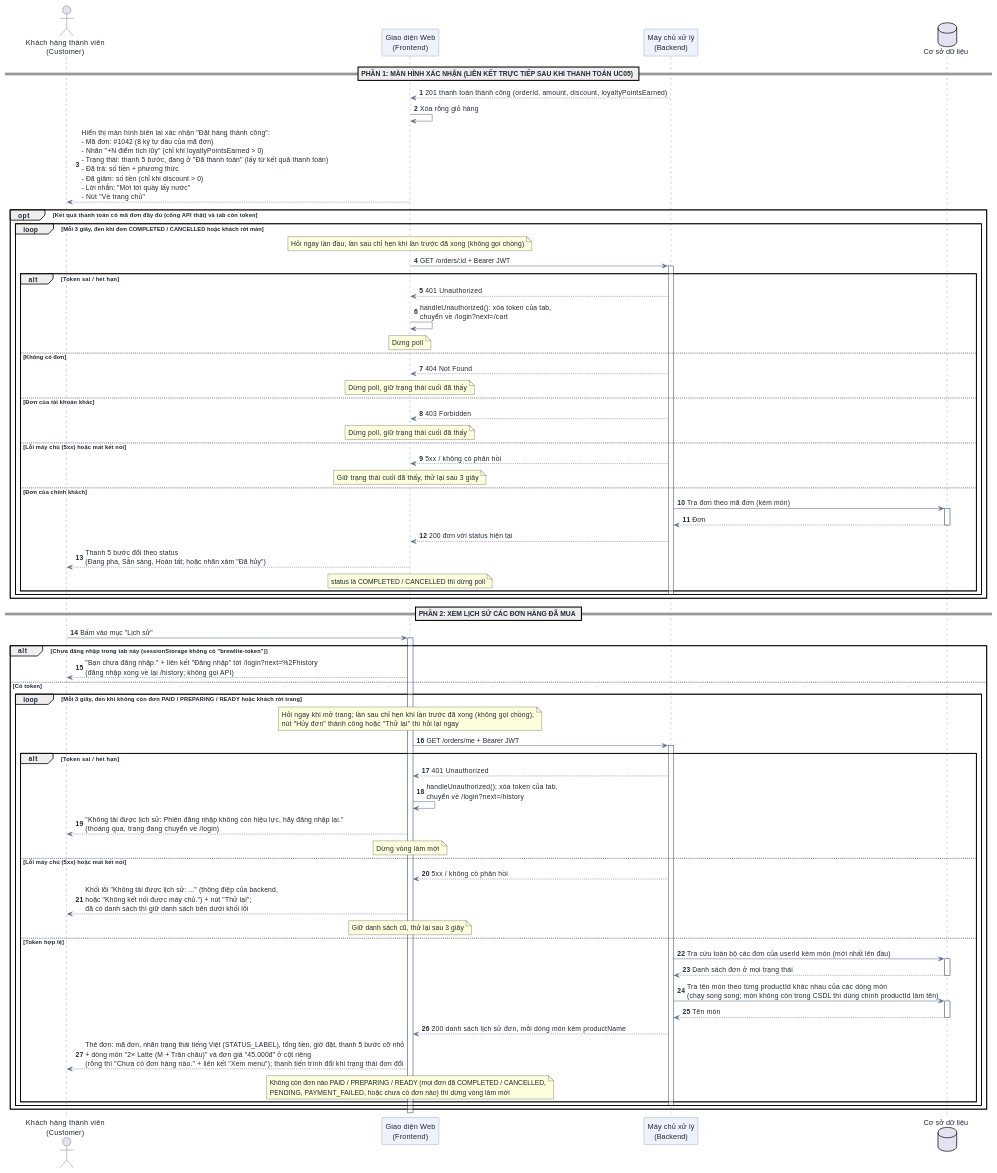
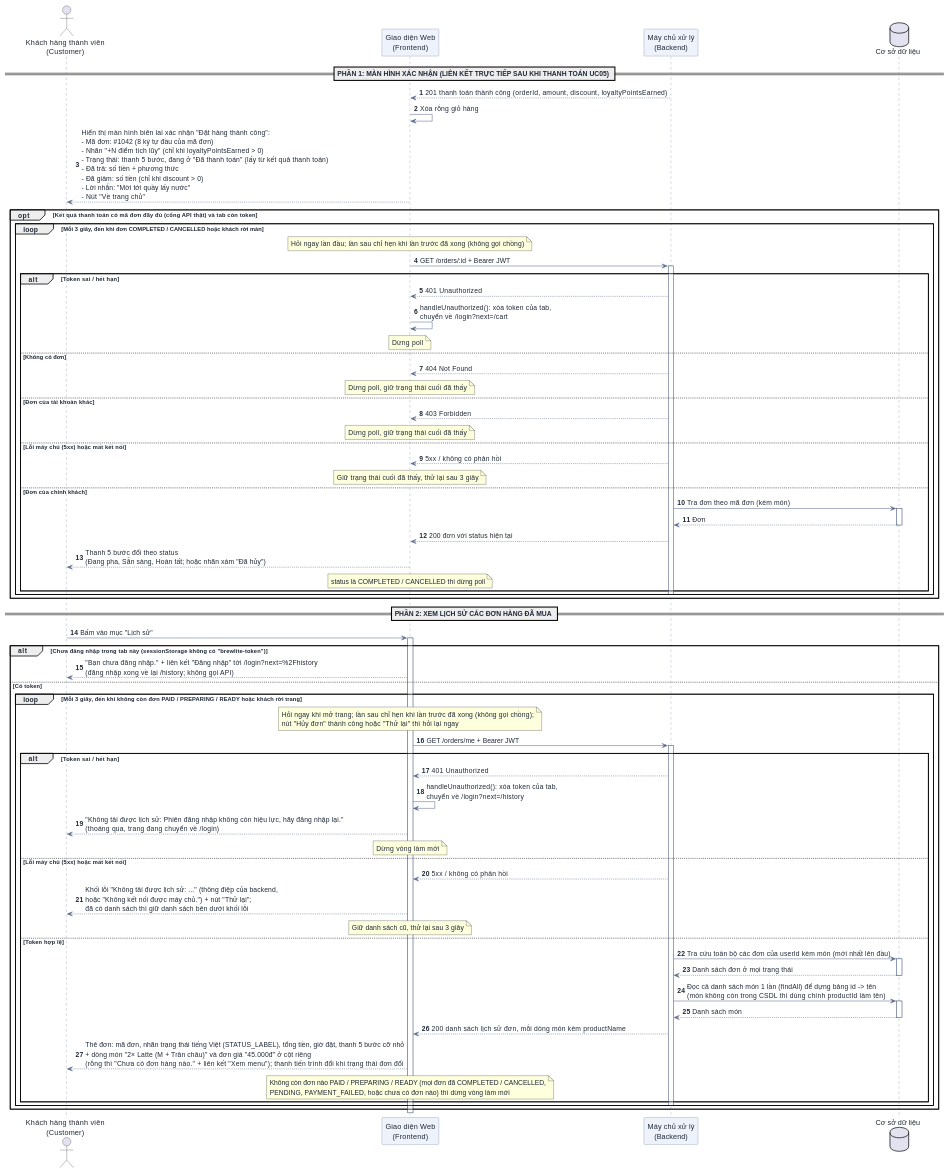
Before and after one commit to DuVinhLoi/BrewLite: the seventh of 10 diagrams in docs/user-sequence-specifications.md, drawn with PlantUML. The commit also changed other lines of this file and 20 other files, not shown here.

Commit message:
feat: sync use cases and sequence docs with code (UC16, Admin inherits Barista, product-name query, barista loading)

```diff
--- a/docs/user-sequence-specifications.md
+++ b/docs/user-sequence-specifications.md
@@ -767,9 +779,9 @@
             activate DB
             DB --> BE : Danh sách đơn ở mọi trạng thái
             deactivate DB
-            BE -> DB : Tra tên món theo từng productId khác nhau của các dòng món\n(chạy song song; món không còn trong CSDL thì dùng chính productId làm tên)
+            BE -> DB : Đọc cả danh sách món 1 lần (findAll) để dựng bảng id -> tên\n(món không còn trong CSDL thì dùng chính productId làm tên)
             activate DB
-            DB --> BE : Tên món
+            DB --> BE : Danh sách món
             deactivate DB
             BE --> FE : 200 danh sách lịch sử đơn, mỗi dòng món kèm productName
             FE --> User : Thẻ đơn: mã đơn, nhãn trạng thái tiếng Việt (STATUS_LABEL), tổng tiền, giờ đặt, thanh 5 bước cỡ nhỏ\n+ dòng món "2× Latte (M + Trân châu)" và đơn giá "45.000đ" ở cột riêng\n(rỗng thì "Chưa có đơn hàng nào." + liên kết "Xem menu"); thanh tiến trình đổi khi trạng thái đơn đổi
```
